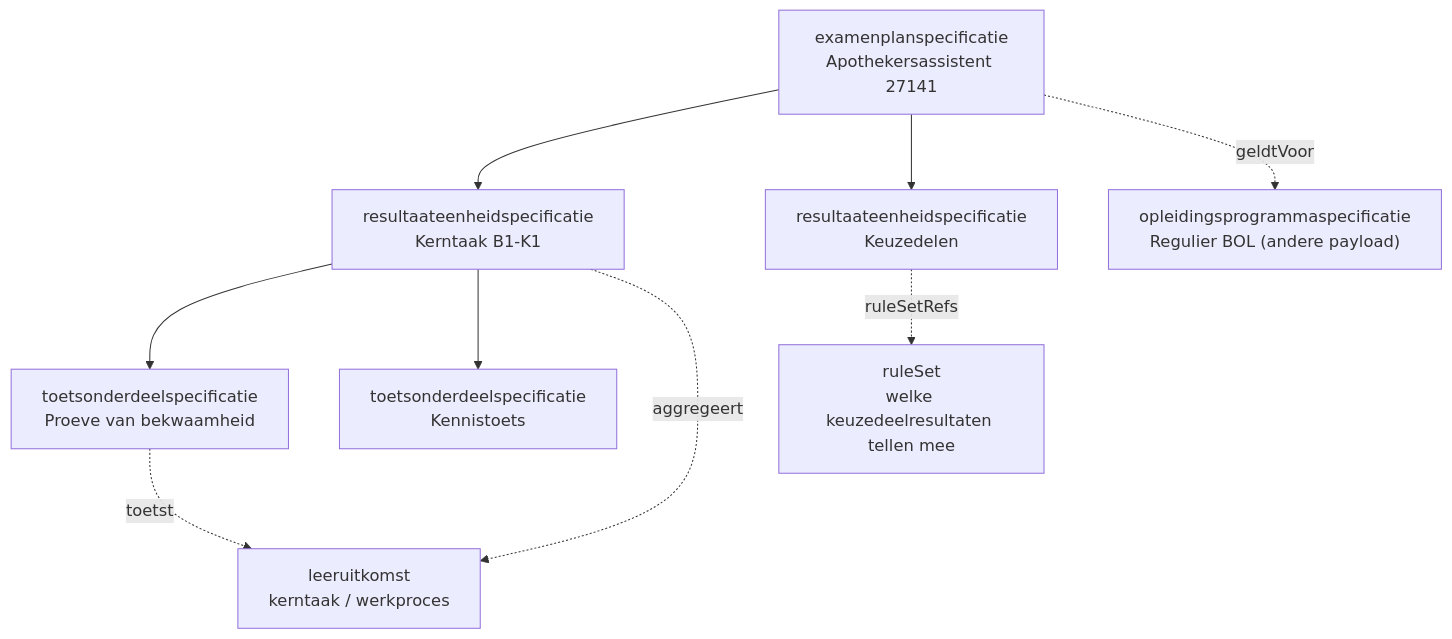
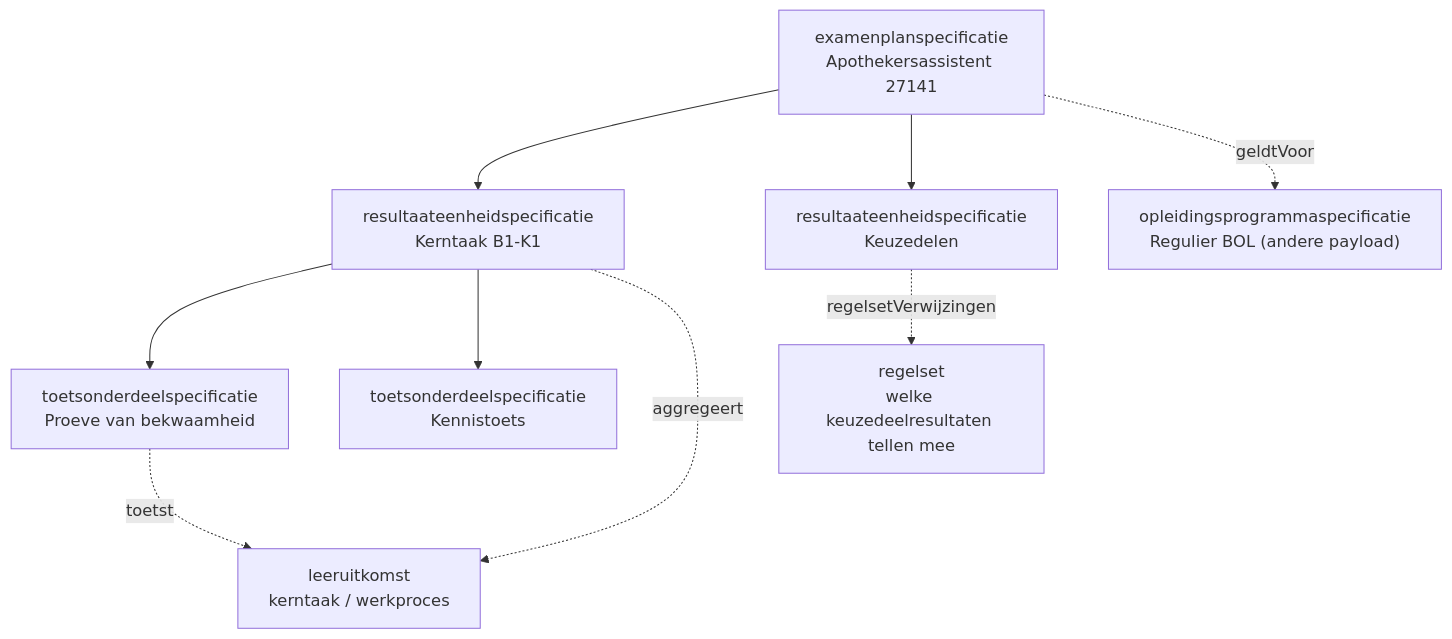
The first of 2 diagrams in architecture/agent-artifacts/design-docs/koppelingspecificaties/oc-sis-krs-svs/20260720_0831_okx-lr1-resultaatstructuur-examenplan.md (Npuls-OKx/meta), drawn with Mermaid before and after one commit. The commit also changed other lines of this file and 2 other files, not shown here.

````diff
--- a/architecture/agent-artifacts/design-docs/koppelingspecificaties/oc-sis-krs-svs/20260720_0831_okx-lr1-resultaatstructuur-examenplan.md
+++ b/architecture/agent-artifacts/design-docs/koppelingspecificaties/oc-sis-krs-svs/20260720_0831_okx-lr1-resultaatstructuur-examenplan.md
@@ -38,19 +38,19 @@
 ```mermaid
 flowchart TD
     EP["examenplanspecificatie<br/>Apothekersassistent 27141"]
     RE1["resultaateenheidspecificatie<br/>Kerntaak B1-K1"]
     RE2["resultaateenheidspecificatie<br/>Keuzedelen"]
     T1["toetsonderdeelspecificatie<br/>Proeve van bekwaamheid"]
     T2["toetsonderdeelspecificatie<br/>Kennistoets"]
-    RS["ruleSet<br/>welke keuzedeelresultaten tellen mee"]
+    RS["regelset<br/>welke keuzedeelresultaten tellen mee"]
     OP["opleidingsprogrammaspecificatie<br/>Regulier BOL (andere payload)"]
     LU["leeruitkomst<br/>kerntaak / werkproces"]
     EP --> RE1
     EP --> RE2
     RE1 --> T1
     RE1 --> T2
-    RE2 -. ruleSetRefs .-> RS
+    RE2 -. regelsetVerwijzingen .-> RS
     EP -. geldtVoor .-> OP
     T1 -. toetst .-> LU
     RE1 -. aggregeert .-> LU
 ```
````
